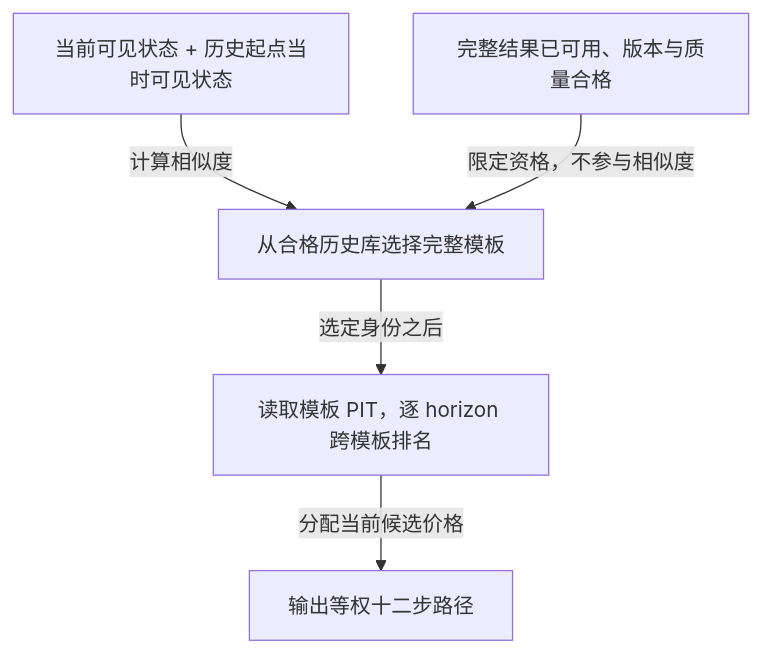
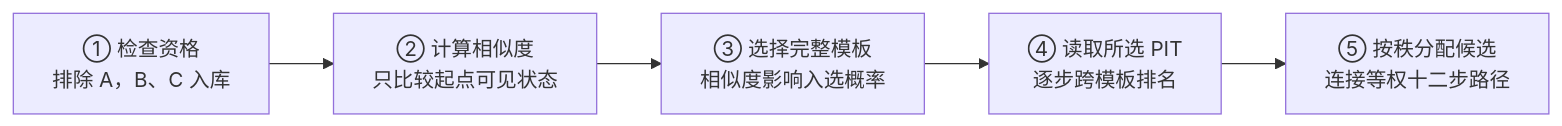
The fourth of 4 diagrams in docs/plan/NSW1_第一阶段_一小时残差概率预测与储能随机滚动优化技术方案_重写版.md (sundllyq/australia_algorithm_oversea), drawn with Mermaid before and after one commit. The commit also changed other lines of this file and 9 other files, not shown here.

Commit message:
docs: add planning diagrams, refine decision timeline labels, and update technical writing standards

````diff
--- a/docs/plan/NSW1_第一阶段_一小时残差概率预测与储能随机滚动优化技术方案_重写版.md
+++ b/docs/plan/NSW1_第一阶段_一小时残差概率预测与储能随机滚动优化技术方案_重写版.md
@@ -364,7 +388,8 @@
 ```mermaid
-flowchart TD
-    A["当前可见状态 + 历史起点当时可见状态"] -->|"计算相似度"| B["从合格历史库选择完整模板"]
-    C["完整结果已可用、版本与质量合格"] -->|"限定资格，不参与相似度"| B
-    B -->|"选定身份之后"| D["读取模板 PIT，逐 horizon 跨模板排名"]
-    D -->|"分配当前候选价格"| E["输出等权十二步路径"]
+flowchart LR
+    A["① 检查资格<br/>排除 A，B、C 入库"]
+    A --> B["② 计算相似度<br/>只比较起点可见状态"]
+    B --> C["③ 选择完整模板<br/>相似度影响入选概率"]
+    C --> D["④ 读取所选 PIT<br/>逐步跨模板排名"]
+    D --> E["⑤ 按秩分配候选<br/>连接等权十二步路径"]
 ```
````
